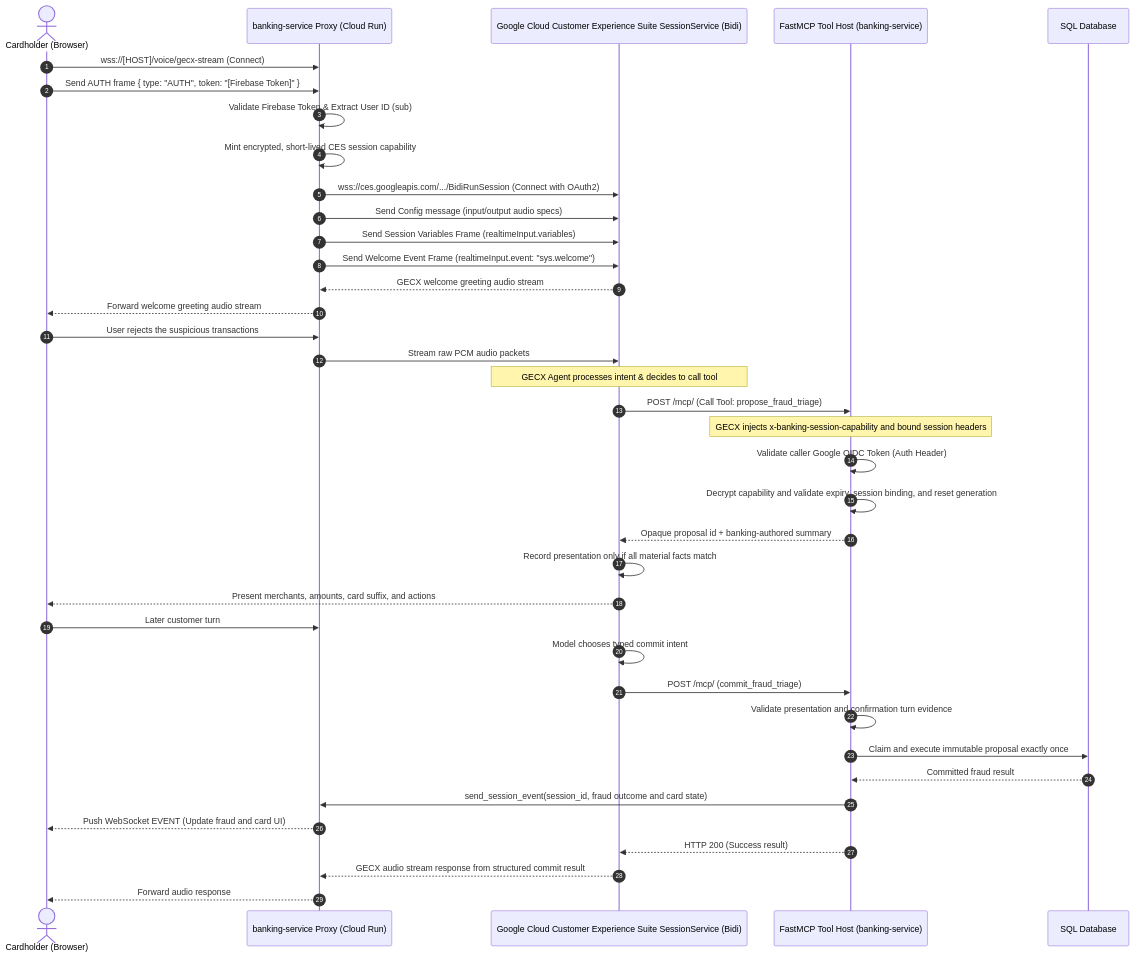
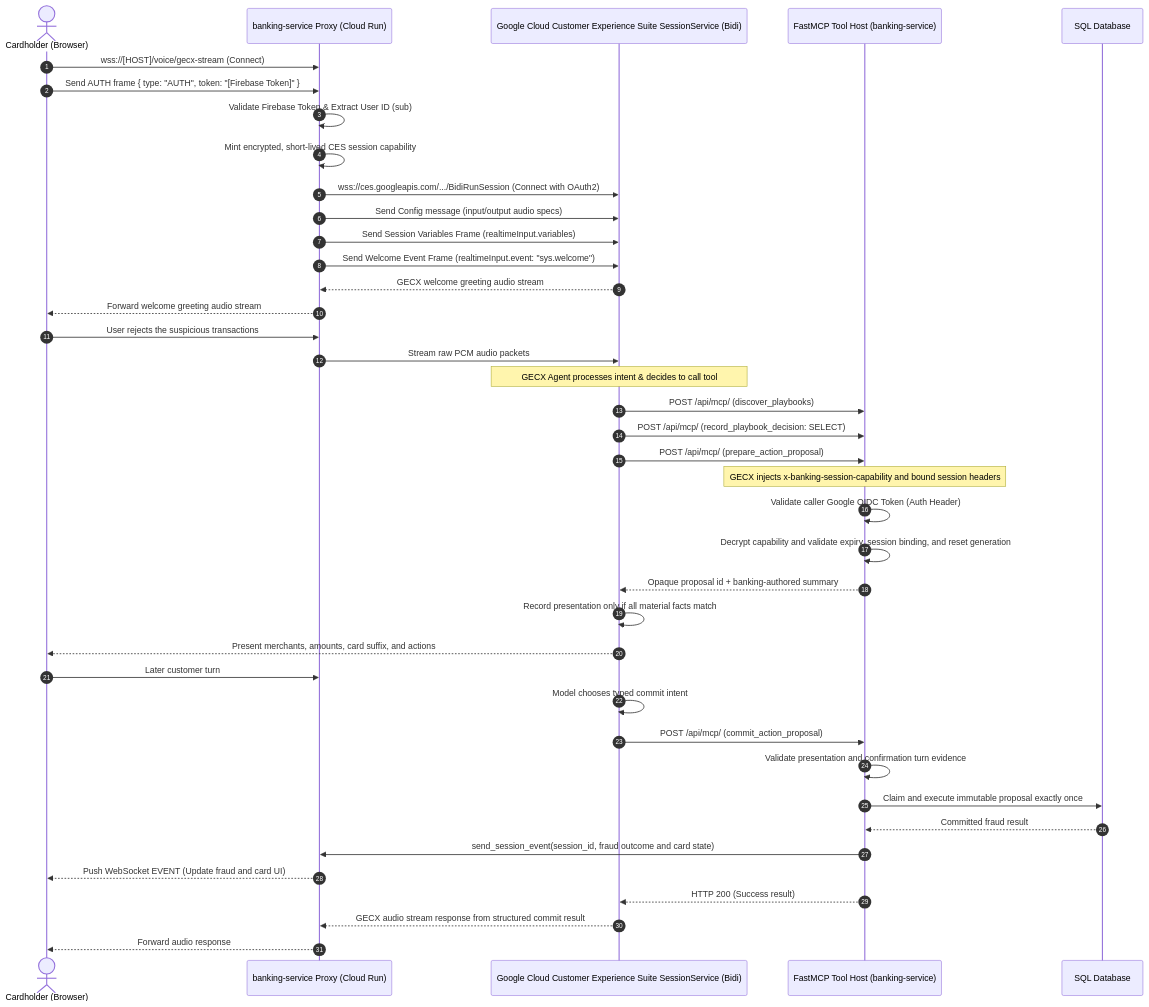
The diagram in docs/architecture/ai-and-voice/gecx_telephony_voice_agent.md (GoogleCloudPlatform/fsi-gecx-bundle), drawn with Mermaid before and after one commit. The commit also changed other lines of this file and 40 other files, not shown here.

````diff
--- a/docs/architecture/ai-and-voice/gecx_telephony_voice_agent.md
+++ b/docs/architecture/ai-and-voice/gecx_telephony_voice_agent.md
@@ -11,52 +11,54 @@
 ```mermaid
 sequenceDiagram
     autonumber
     actor User as Cardholder (Browser)
     participant Proxy as banking-service Proxy (Cloud Run)
     participant GECX as Google Cloud Customer Experience Suite SessionService (Bidi)
     participant MCP as FastMCP Tool Host (banking-service)
     participant DB as SQL Database
 
     User->>Proxy: wss://[HOST]/voice/gecx-stream (Connect)
     User->>Proxy: Send AUTH frame { type: "AUTH", token: "[Firebase Token]" }
     Proxy->>Proxy: Validate Firebase Token & Extract User ID (sub)
     Proxy->>Proxy: Mint encrypted, short-lived CES session capability
     
     Proxy->>GECX: wss://ces.googleapis.com/.../BidiRunSession (Connect with OAuth2)
     Proxy->>GECX: Send Config message (input/output audio specs)
     
     %% Session Variables Gotcha Sequence
     Proxy->>GECX: Send Session Variables Frame (realtimeInput.variables)
     Proxy->>GECX: Send Welcome Event Frame (realtimeInput.event: "sys.welcome")
     
     GECX-->>Proxy: GECX welcome greeting audio stream
     Proxy-->>User: Forward welcome greeting audio stream
     
     User->>Proxy: User rejects the suspicious transactions
     Proxy->>GECX: Stream raw PCM audio packets
     
     Note over GECX: GECX Agent processes intent & decides to call tool
     
-    GECX->>MCP: POST /mcp/ (Call Tool: propose_fraud_triage)
+    GECX->>MCP: POST /api/mcp/ (discover_playbooks)
+    GECX->>MCP: POST /api/mcp/ (record_playbook_decision: SELECT)
+    GECX->>MCP: POST /api/mcp/ (prepare_action_proposal)
     Note over MCP: GECX injects x-banking-session-capability and bound session headers
     
     MCP->>MCP: Validate caller Google OIDC Token (Auth Header)
     MCP->>MCP: Decrypt capability and validate expiry, session binding, and reset generation
     MCP-->>GECX: Opaque proposal id + banking-authored summary
     GECX->>GECX: Record presentation only if all material facts match
     GECX-->>User: Present merchants, amounts, card suffix, and actions
     User->>Proxy: Later customer turn
     GECX->>GECX: Model chooses typed commit intent
-    GECX->>MCP: POST /mcp/ (commit_fraud_triage)
+    GECX->>MCP: POST /api/mcp/ (commit_action_proposal)
     MCP->>MCP: Validate presentation and confirmation turn evidence
     MCP->>DB: Claim and execute immutable proposal exactly once
     DB-->>MCP: Committed fraud result
 
     %% OOB UI Sync
     MCP->>Proxy: send_session_event(session_id, fraud outcome and card state)
     Proxy-->>User: Push WebSocket EVENT (Update fraud and card UI)
     
     MCP-->>GECX: HTTP 200 (Success result)
     GECX-->>Proxy: GECX audio stream response from structured commit result
     Proxy-->>User: Forward audio response
 ```
````
